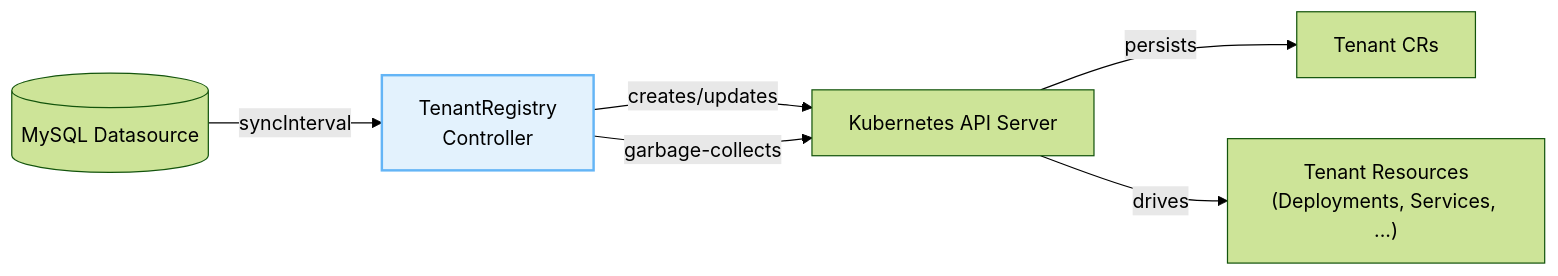
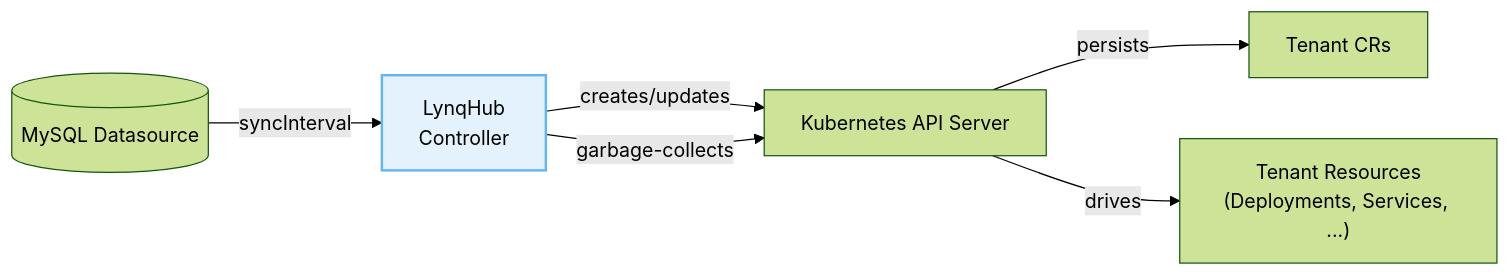
One commit to kubernetes-tenants/tenant-operator changed the first of 3 diagrams in docs/datasource.md. Above: the diagram before and after it, drawn with Mermaid (forest theme). The commit also changed other lines of this file and 193 other files, not shown here.

````diff
--- a/docs/datasource.md
+++ b/docs/datasource.md
@@ -24,17 +24,17 @@
 ```mermaid
 flowchart LR
     DB[(MySQL Datasource)]
-    Sync[TenantRegistry<br/>Controller]
+    Sync[LynqHub<br/>Controller]
     API[Kubernetes API Server]
     Tenants[Tenant CRs]
     Resources["Tenant Resources<br/>(Deployments, Services, ...)"]
 
     DB -- syncInterval --> Sync
     Sync -- creates/updates --> API
     API -- persists --> Tenants
     Sync -- garbage-collects --> API
     API -- drives --> Resources
 
     classDef controller fill:#e3f2fd,stroke:#64b5f6,stroke-width:2px;
     class Sync controller;
 ```
````
